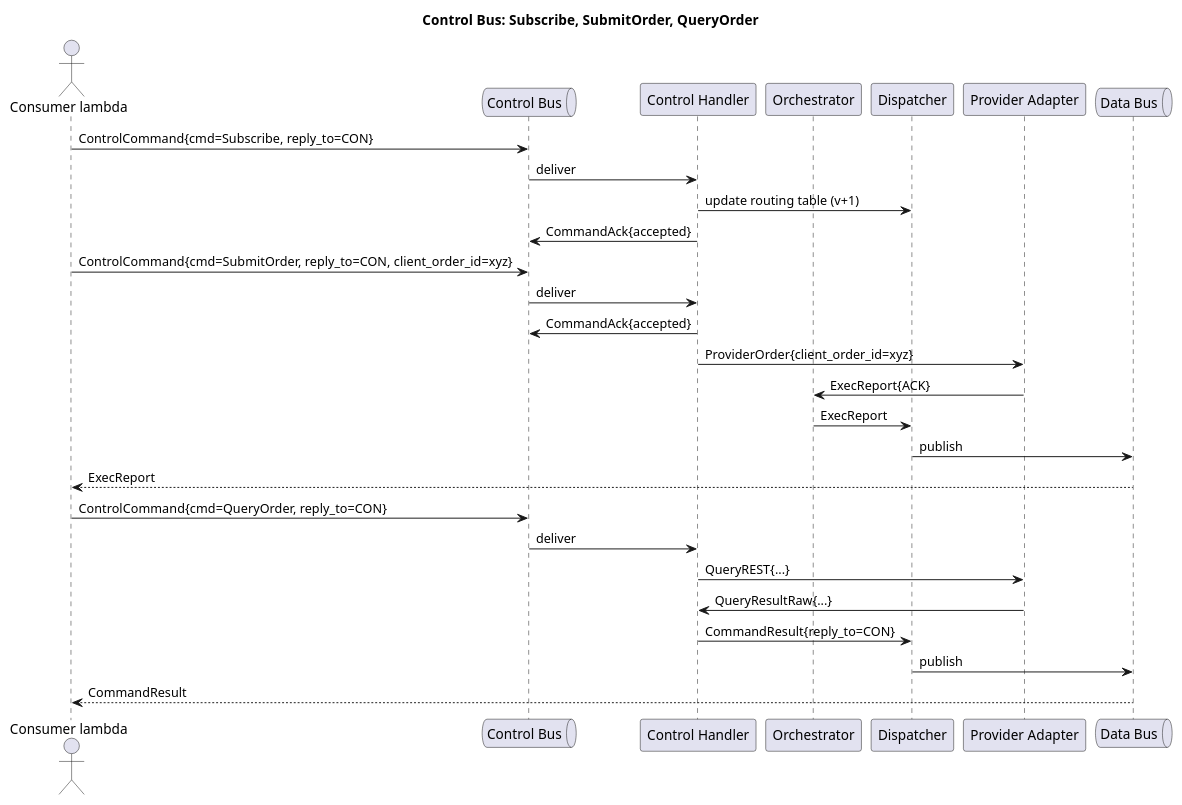
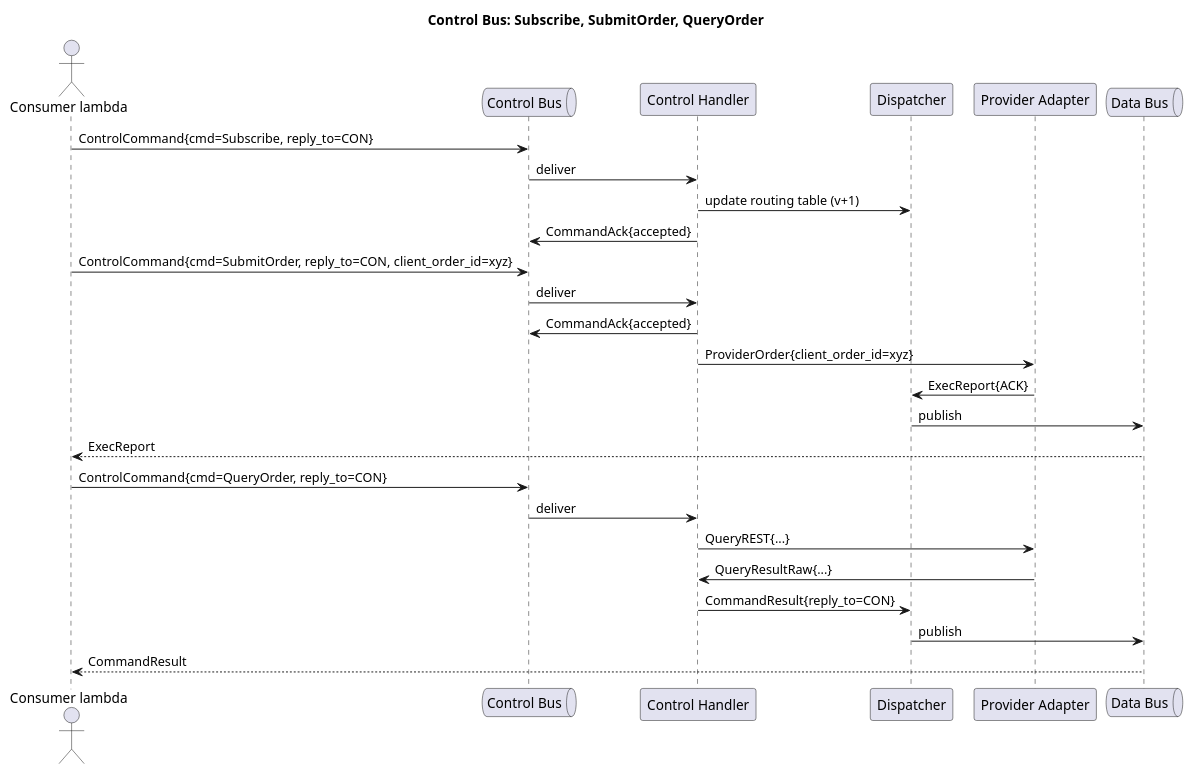
One commit to coachpo/meltica changed the diagram in docs/diagrams/subscription-seq.puml. Above: the diagram before and after it, drawn with PlantUML. The commit also changed 50 other files, not shown here.

```diff
--- a/docs/diagrams/subscription-seq.puml
+++ b/docs/diagrams/subscription-seq.puml
@@ -1,36 +1,34 @@
 @startuml
 title Control Bus: Subscribe, SubmitOrder, QueryOrder
 
 actor "Consumer lambda" as CON
 queue "Control Bus" as CB
 participant "Control Handler" as Ctrl
-participant "Orchestrator" as Orc
 participant "Dispatcher" as Disp
 participant "Provider Adapter" as Prov
 queue "Data Bus" as DBus
 
 ' Subscribe
 CON -> CB : ControlCommand{cmd=Subscribe, reply_to=CON}
 CB -> Ctrl : deliver
 Ctrl -> Disp : update routing table (v+1)
 Ctrl -> CB : CommandAck{accepted}
 
 ' Submit Order (immediate)
 CON -> CB : ControlCommand{cmd=SubmitOrder, reply_to=CON, client_order_id=xyz}
 CB -> Ctrl : deliver
 Ctrl -> CB : CommandAck{accepted}
 Ctrl -> Prov : ProviderOrder{client_order_id=xyz}
-Prov -> Orc : ExecReport{ACK}
-Orc -> Disp : ExecReport
+Prov -> Disp : ExecReport{ACK}
 Disp -> DBus : publish
 DBus --> CON : ExecReport
 
 ' Query Order (immediate)
 CON -> CB : ControlCommand{cmd=QueryOrder, reply_to=CON}
 CB -> Ctrl : deliver
 Ctrl -> Prov : QueryREST{...}
 Prov -> Ctrl : QueryResultRaw{...}
 Ctrl -> Disp : CommandResult{reply_to=CON}
 Disp -> DBus : publish
 DBus --> CON : CommandResult
 @enduml
```
